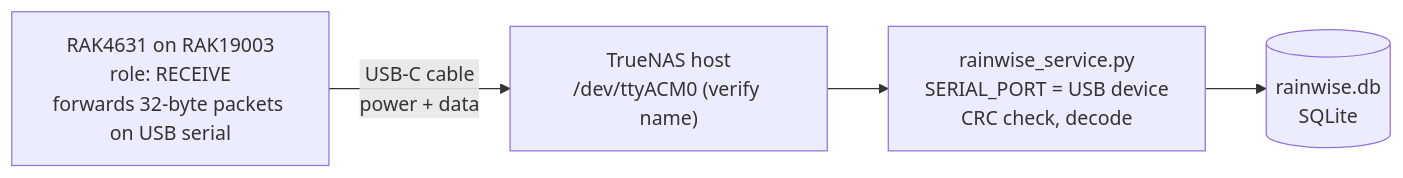
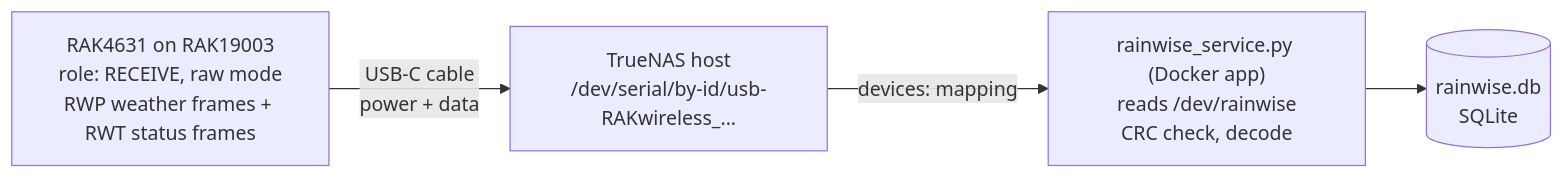
Before and after one commit to cvopicka/Rainwise-Wireless-Info: the diagram in diagrams/4_nas.mmd, drawn with Mermaid. The commit also changed 1 other file, not shown here.

Commit message:
hardware: NAS receiver diagram matches the current service

```diff
--- a/diagrams/4_nas.mmd
+++ b/diagrams/4_nas.mmd
@@ -1,4 +1,4 @@
 flowchart LR
-  RAK["RAK4631 on RAK19003<br/>role: RECEIVE<br/>forwards 32-byte packets on USB serial"] -- "USB-C cable<br/>power + data" --> NAS["TrueNAS host<br/>/dev/ttyACM0 (verify name)"]
-  NAS --> SVC["rainwise_service.py<br/>SERIAL_PORT = USB device<br/>CRC check, decode"]
+  RAK["RAK4631 on RAK19003<br/>role: RECEIVE, raw mode<br/>RWP weather frames + RWT status frames"] -- "USB-C cable<br/>power + data" --> NAS["TrueNAS host<br/>/dev/serial/by-id/usb-RAKwireless_..."]
+  NAS -- "devices: mapping" --> SVC["rainwise_service.py (Docker app)<br/>reads /dev/rainwise<br/>CRC check, decode"]
   SVC --> DB[("rainwise.db<br/>SQLite")]
```
